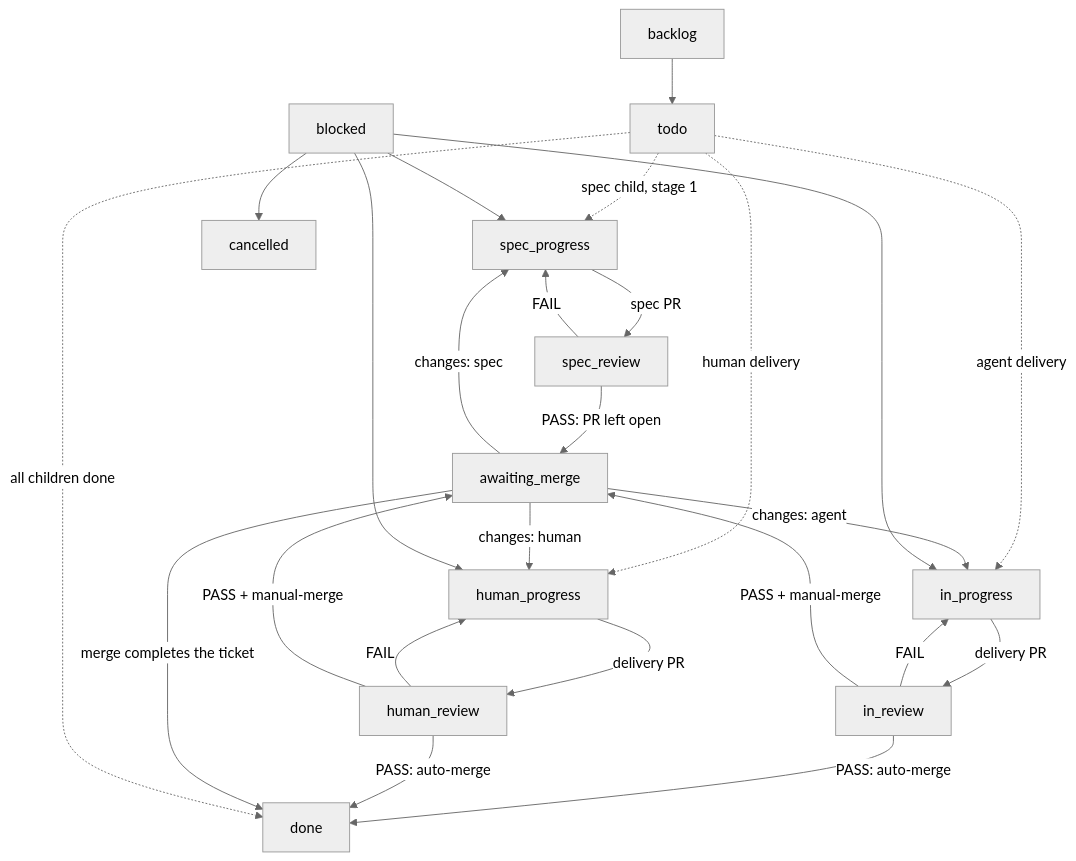
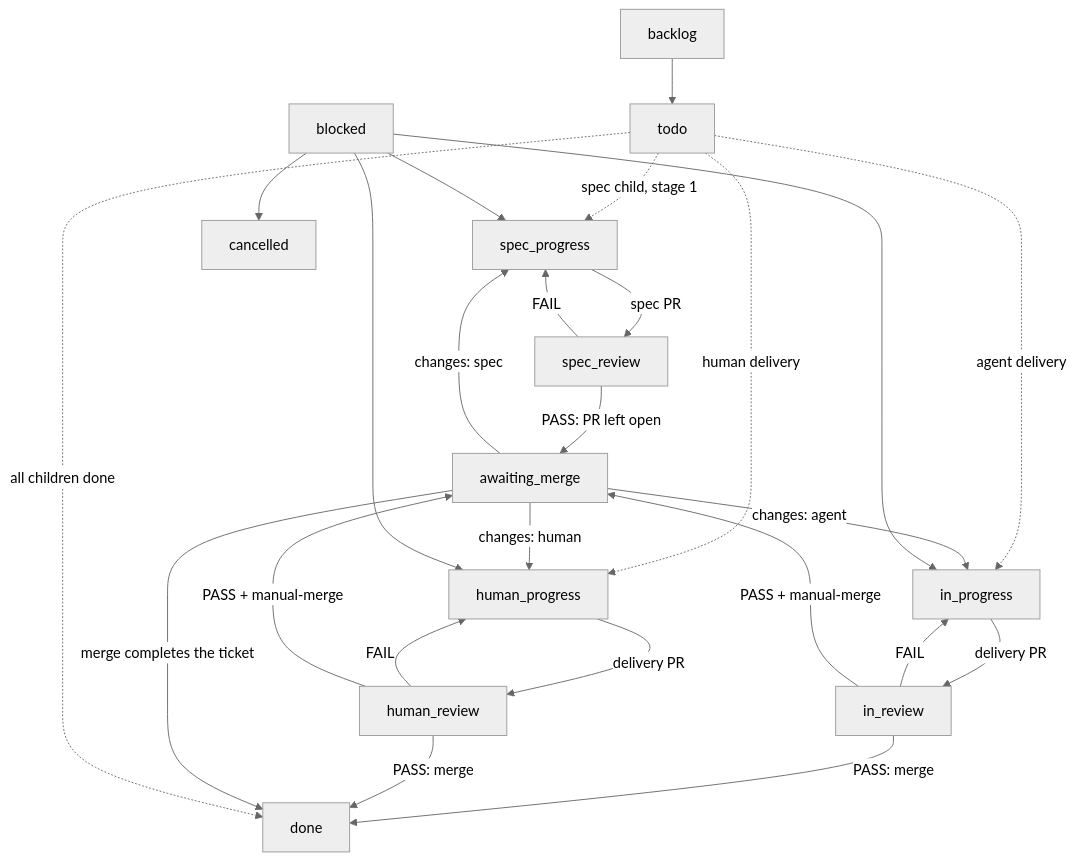
Before and after one commit to miran248/multica-workspace: the diagram in docs/factory.md, drawn with Mermaid (neutral theme). The commit also changed other lines of this file and 12 other files, not shown here.

First line of the commit message:
fix(factory): post the handoff before the move and keep auto-merge off (#38)

````diff
--- a/docs/factory.md
+++ b/docs/factory.md
@@ -15,27 +16,27 @@
 ```mermaid
 flowchart TD
   backlog --> todo
   todo -.->|"spec child, stage 1"| spec_progress
   todo -.->|"agent delivery"| in_progress
   todo -.->|"human delivery"| human_progress
   spec_progress -->|"spec PR"| spec_review
   spec_review -->|"FAIL"| spec_progress
   spec_review -->|"PASS: PR left open"| awaiting_merge
   in_progress -->|"delivery PR"| in_review
   human_progress -->|"delivery PR"| human_review
   in_review -->|"FAIL"| in_progress
   human_review -->|"FAIL"| human_progress
   in_review -->|"PASS + manual-merge"| awaiting_merge
   human_review -->|"PASS + manual-merge"| awaiting_merge
-  in_review -->|"PASS: auto-merge"| done
-  human_review -->|"PASS: auto-merge"| done
+  in_review -->|"PASS: merge"| done
+  human_review -->|"PASS: merge"| done
   awaiting_merge -->|"merge completes the ticket"| done
   awaiting_merge -->|"changes: spec"| spec_progress
   awaiting_merge -->|"changes: agent"| in_progress
   awaiting_merge -->|"changes: human"| human_progress
   blocked --> spec_progress
   blocked --> human_progress
   blocked --> in_progress
   blocked --> cancelled
   todo -.->|"all children done"| done
 ```
````
